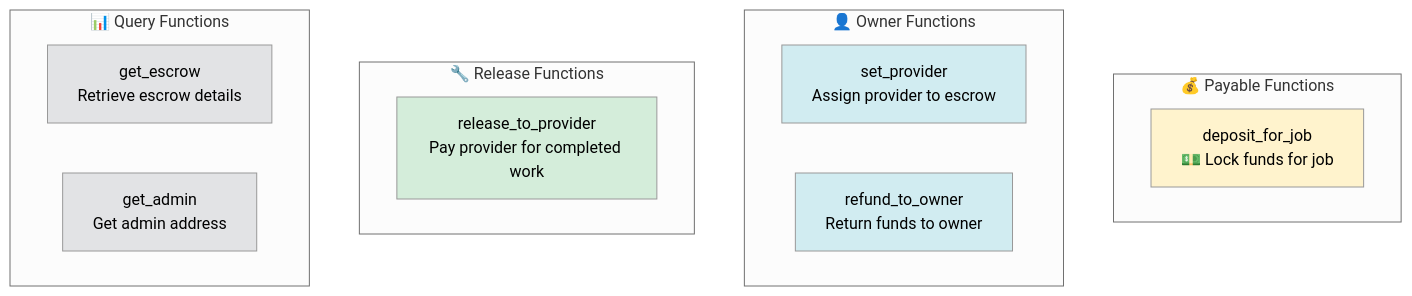
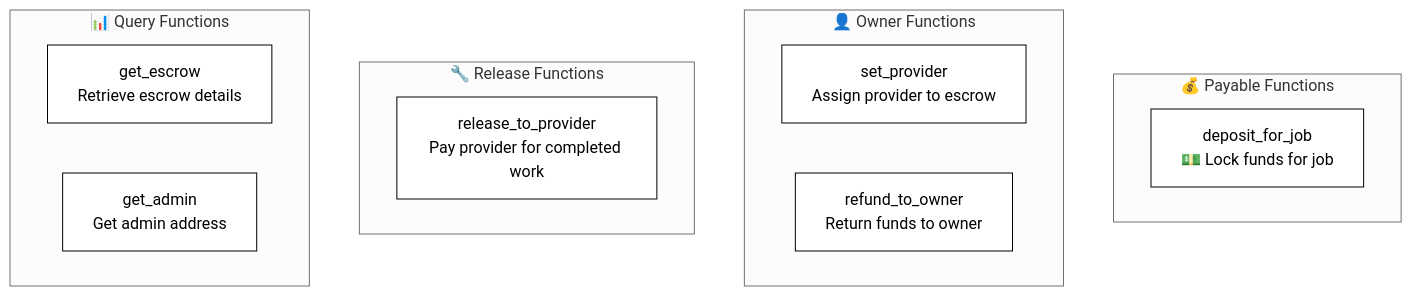
One commit to PolkaMesh/PolkaMesh-Contracts changed the second of 13 diagrams in payment_escrow/README.md. Above: the diagram before and after it, drawn with Mermaid (neutral theme). The commit also changed other lines of this file and 4 other files, not shown here.

````diff
--- a/payment_escrow/README.md
+++ b/payment_escrow/README.md
@@ -23,27 +23,27 @@
 ```mermaid
 graph TB
     subgraph "💰 Payable Functions"
         A1[deposit_for_job<br/>💵 Lock funds for job]
     end
 
     subgraph "👤 Owner Functions"
         B1[set_provider<br/>Assign provider to escrow]
         B2[refund_to_owner<br/>Return funds to owner]
     end
 
     subgraph "🔧 Release Functions"
         C1[release_to_provider<br/>Pay provider for completed work]
     end
 
     subgraph "📊 Query Functions"
         D1[get_escrow<br/>Retrieve escrow details]
         D2[get_admin<br/>Get admin address]
     end
 
-    style A1 fill:#fff3cd
-    style B1 fill:#d1ecf1
-    style B2 fill:#d1ecf1
-    style C1 fill:#d4edda
-    style D1 fill:#e2e3e5
-    style D2 fill:#e2e3e5
+    style A1 fill:#ffffff,stroke:#000000,color:#000000
+    style B1 fill:#ffffff,stroke:#000000,color:#000000
+    style B2 fill:#ffffff,stroke:#000000,color:#000000
+    style C1 fill:#ffffff,stroke:#000000,color:#000000
+    style D1 fill:#ffffff,stroke:#000000,color:#000000
+    style D2 fill:#ffffff,stroke:#000000,color:#000000
 ```
````
